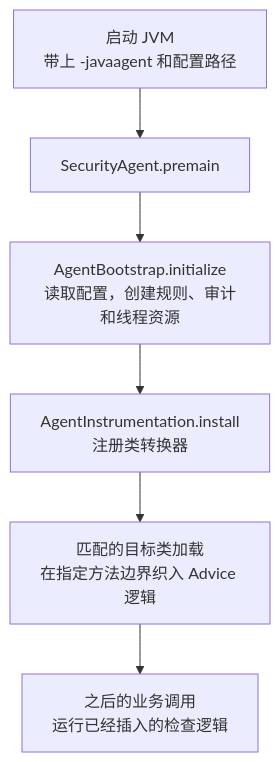
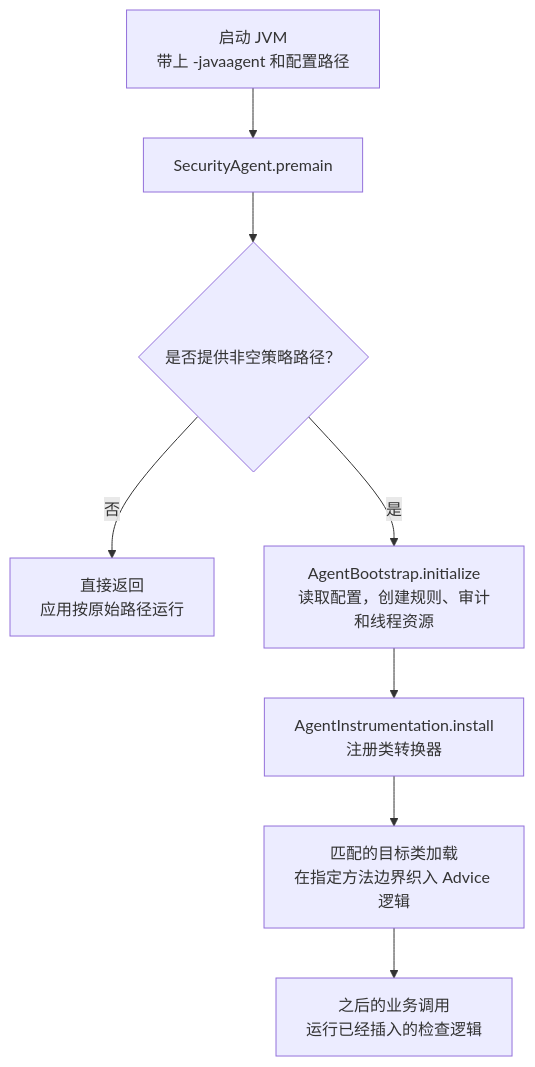
The second of 7 diagrams in docs/architecture-explained.md (umuo/langchain4j-runtime-security), drawn with Mermaid before and after one commit. The commit also changed other lines of this file and 1 other file, not shown here.

Commit message:
Align source learning guides with current agent lifecycle

````diff
--- a/docs/architecture-explained.md
+++ b/docs/architecture-explained.md
@@ -44,10 +44,14 @@
 ```mermaid
 flowchart TB
     JVM["启动 JVM<br/>带上 -javaagent 和配置路径"]
     MAIN["SecurityAgent.premain"]
+    CONFIG{"是否提供非空策略路径？"}
+    SKIP["直接返回<br/>应用按原始路径运行"]
     BOOT["AgentBootstrap.initialize<br/>读取配置，创建规则、审计和线程资源"]
     INSTALL["AgentInstrumentation.install<br/>注册类转换器"]
     LOAD["匹配的目标类加载<br/>在指定方法边界织入 Advice 逻辑"]
     CALL["之后的业务调用<br/>运行已经插入的检查逻辑"]
-    JVM --> MAIN --> BOOT --> INSTALL --> LOAD --> CALL
+    JVM --> MAIN --> CONFIG
+    CONFIG -- "否" --> SKIP
+    CONFIG -- "是" --> BOOT --> INSTALL --> LOAD --> CALL
 ```
````
